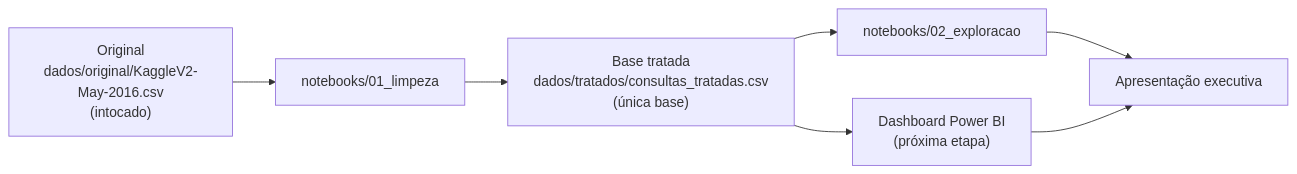
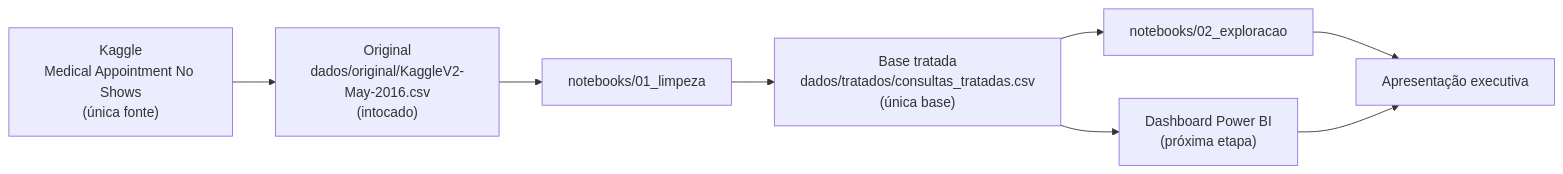
The diagram in docs/processo.md (cauedev30/analise-no-show-consultas), drawn with Mermaid before and after one commit. The commit also changed other lines of this file and 1 other file, not shown here.

````diff
--- a/docs/processo.md
+++ b/docs/processo.md
@@ -295,9 +304,10 @@
 ```mermaid
 flowchart LR
+    K["Kaggle<br/>Medical Appointment No Shows<br/>(única fonte)"] --> A
     A["Original<br/>dados/original/KaggleV2-May-2016.csv<br/>(intocado)"] --> B["notebooks/01_limpeza"]
     B --> C["Base tratada<br/>dados/tratados/consultas_tratadas.csv<br/>(única base)"]
     C --> D["notebooks/02_exploracao"]
     C --> E["Dashboard Power BI<br/>(próxima etapa)"]
     D --> F["Apresentação executiva"]
     E --> F
 ```
````
